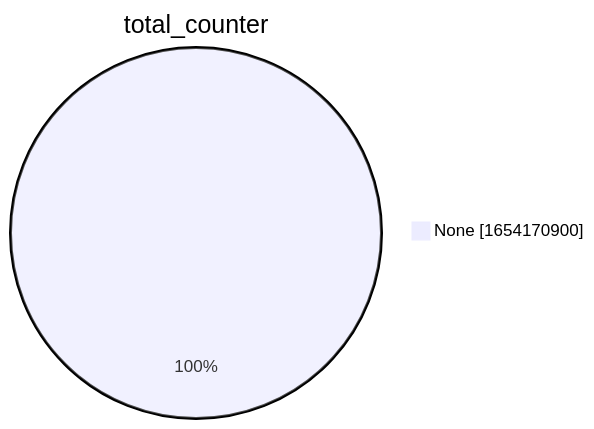
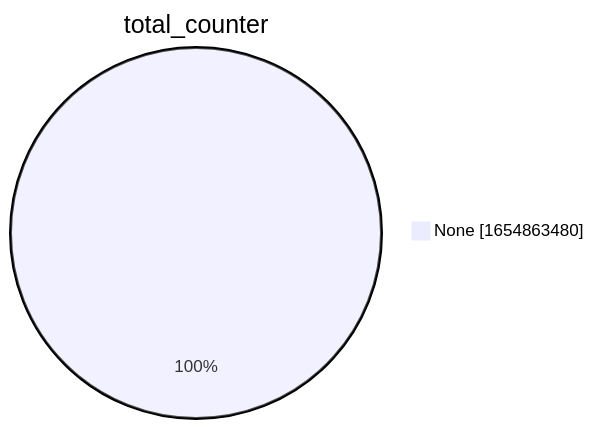
The second of 15 diagrams in xenon2022/README.md (christiankrug/ctmonitor_visualization), drawn with Mermaid before and after one commit. The commit also changed other lines of this file, not shown here.

````diff
--- a/xenon2022/README.md
+++ b/xenon2022/README.md
@@ -9,5 +9,5 @@
 ```mermaid
 pie showData
 title total_counter
-"None" :1654170900
+"None" :1654863480
 ```
````
